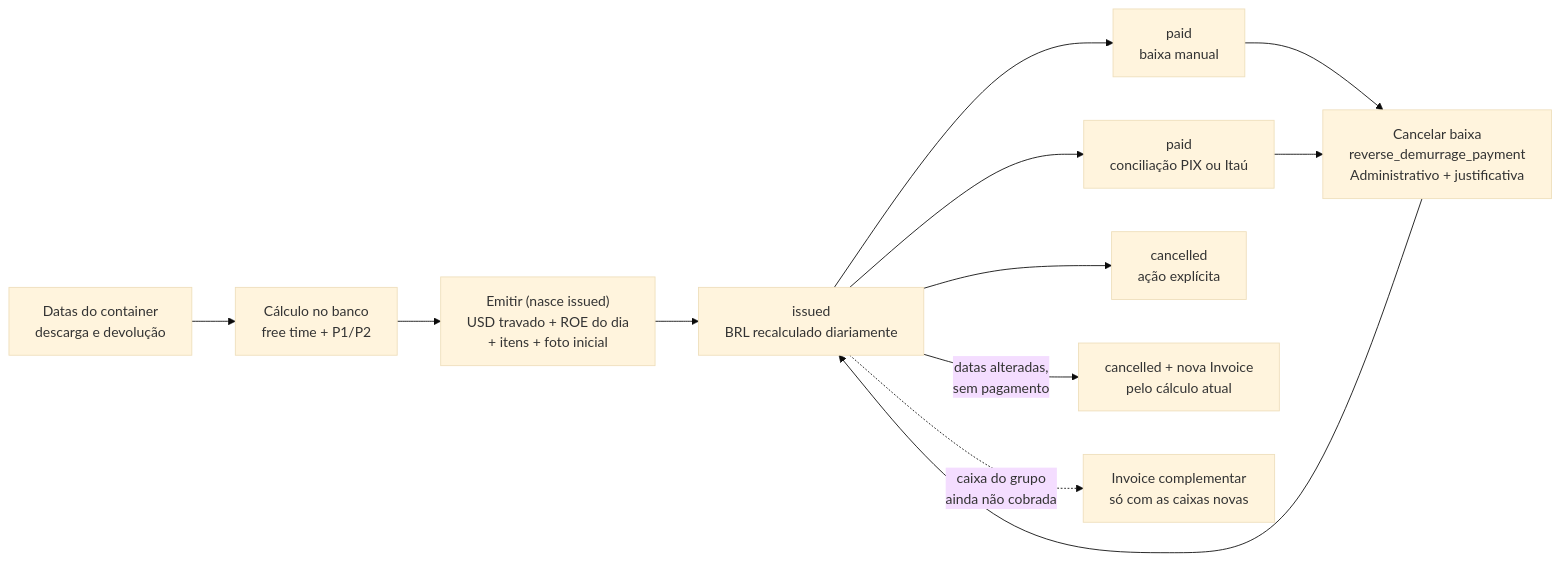
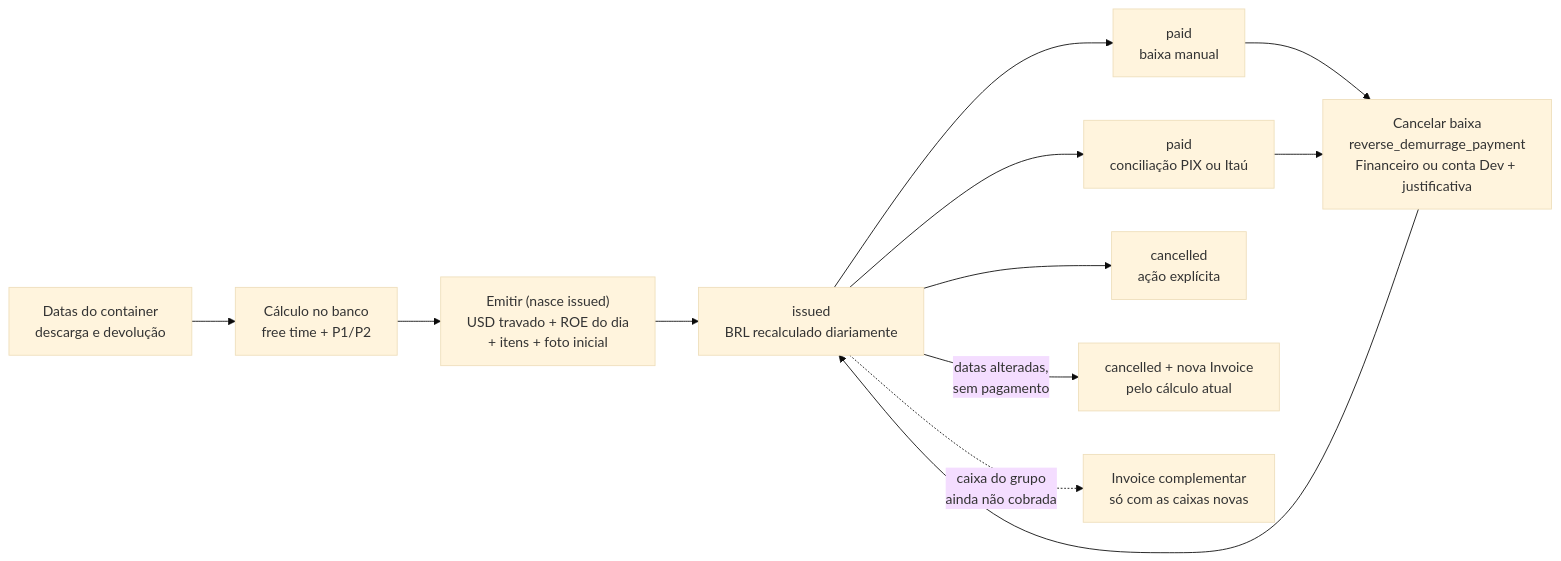
Before and after one commit to luccafwlog/vela: the diagram in docs/modules/demurrage.md, drawn with Mermaid (base theme). The commit also changed other lines of this file and 35 other files, not shown here.

````diff
--- a/docs/modules/demurrage.md
+++ b/docs/modules/demurrage.md
@@ -669,14 +679,14 @@
 ```mermaid
 flowchart LR
     Dates["Datas do container<br/>descarga e devolução"] --> Calc["Cálculo no banco<br/>free time + P1/P2"]
     Calc --> Create["Emitir (nasce issued)<br/>USD travado + ROE do dia<br/>+ itens + foto inicial"]
     Create --> Issued["issued<br/>BRL recalculado diariamente"]
     Issued --> Manual["paid<br/>baixa manual"]
     Issued --> Pix["paid<br/>conciliação PIX ou Itaú"]
     Issued --> Cancelled["cancelled<br/>ação explícita"]
     Issued -->|"datas alteradas,<br/>sem pagamento"| Reissue["cancelled + nova Invoice<br/>pelo cálculo atual"]
     Issued -.->|"caixa do grupo<br/>ainda não cobrada"| Complement["Invoice complementar<br/>só com as caixas novas"]
-    Manual --> Reverse["Cancelar baixa<br/>reverse_demurrage_payment<br/>Administrativo + justificativa"]
+    Manual --> Reverse["Cancelar baixa<br/>reverse_demurrage_payment<br/>Financeiro ou conta Dev + justificativa"]
     Pix --> Reverse
     Reverse --> Issued
 ```
````
